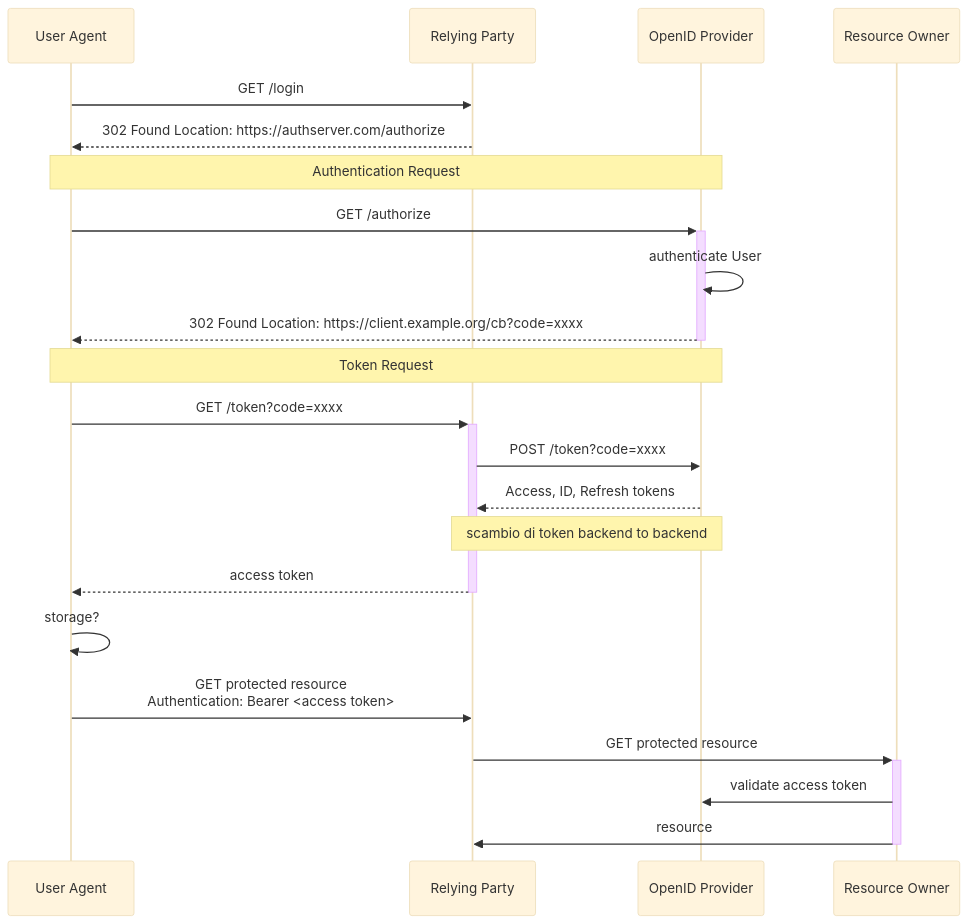
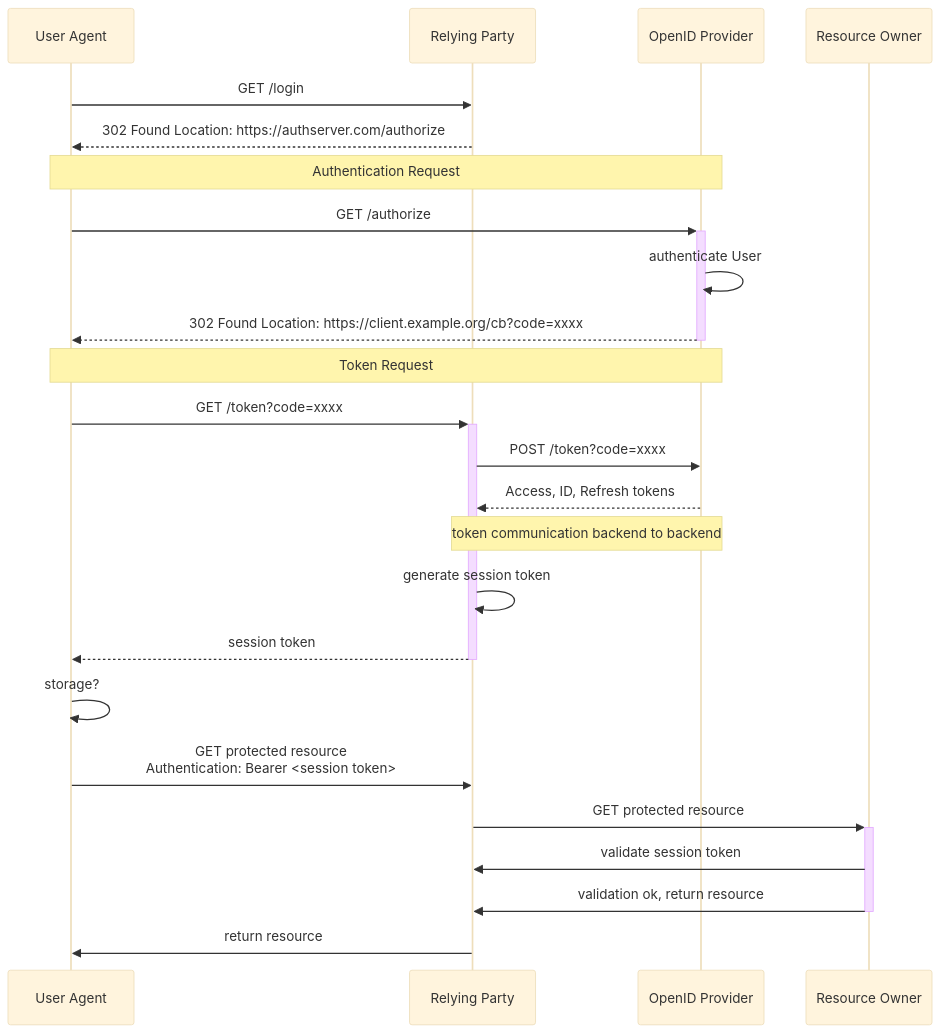
The diagram in design/auth/oidc-auth-code.mmd (pagopa/p4pa-doc), drawn with Mermaid (base theme) before and after one commit.

```diff
--- a/design/auth/oidc-auth-code.mmd
+++ b/design/auth/oidc-auth-code.mmd
@@ -1,22 +1,24 @@
 sequenceDiagram
     participant UA as User Agent
     participant RP as Relying Party
     participant AS as OpenID Provider
     participant RO as Resource Owner
     UA->> RP: GET /login
     RP -->> UA: 302 Found Location: https://authserver.com/authorize
     Note over UA,AS: Authentication Request
     UA ->>+ AS: GET /authorize
     AS ->> AS: authenticate User
     AS -->>- UA: 302 Found Location: https://client.example.org/cb?code=xxxx
     Note over UA,AS: Token Request
     UA ->>+ RP: GET /token?code=xxxx
     RP ->> AS: POST /token?code=xxxx
     AS -->> RP: Access, ID, Refresh tokens
-    Note over RP,AS: scambio di token backend to backend
-    RP -->>- UA: access token
+    Note over RP,AS: token communication backend to backend
+    RP ->> RP: generate session token
+    RP -->>- UA: session token
     UA ->> UA: storage?
-    UA ->> RP: GET protected resource<br>Authentication: Bearer <access token>
+    UA ->> RP: GET protected resource<br>Authentication: Bearer <session token>
     RP ->>+ RO: GET protected resource
-    RO ->> AS: validate access token
-    RO ->>- RP: resource
+    RO ->> RP: validate session token
+    RO ->>- RP: validation ok, return resource
+    RP ->> UA: return resource
```
